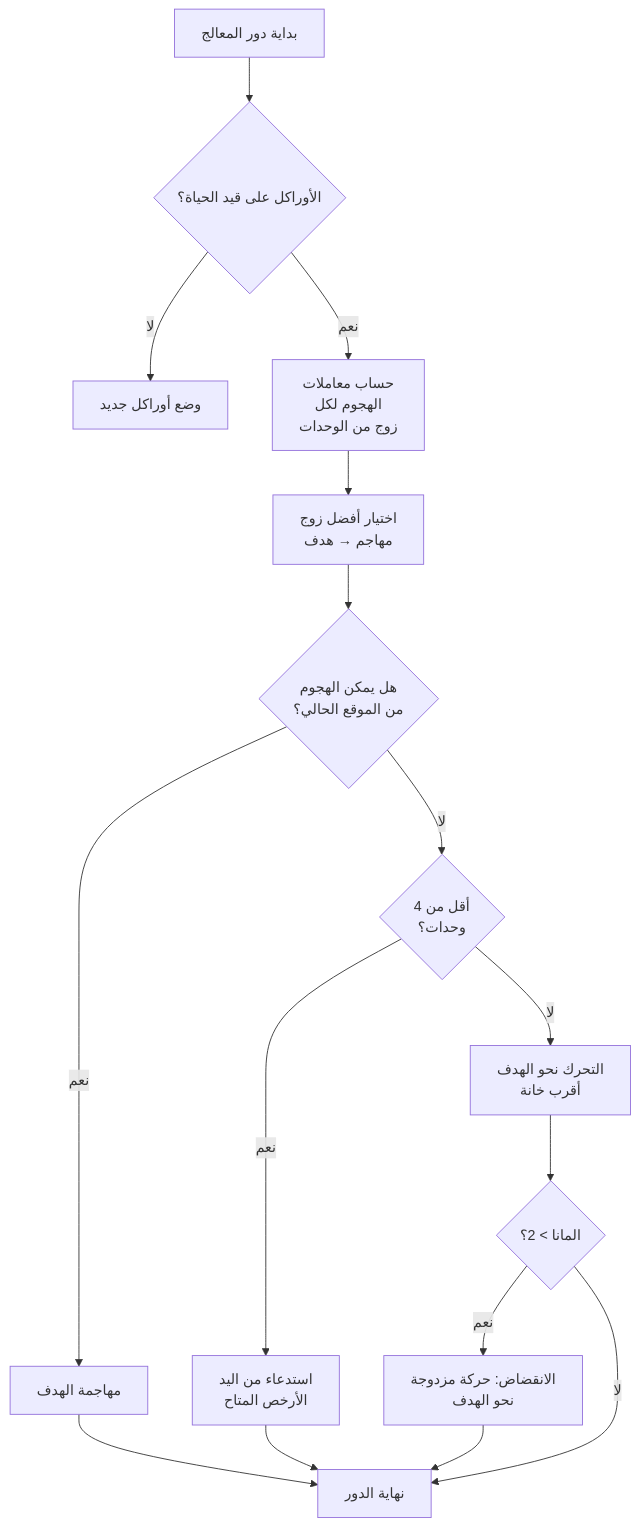
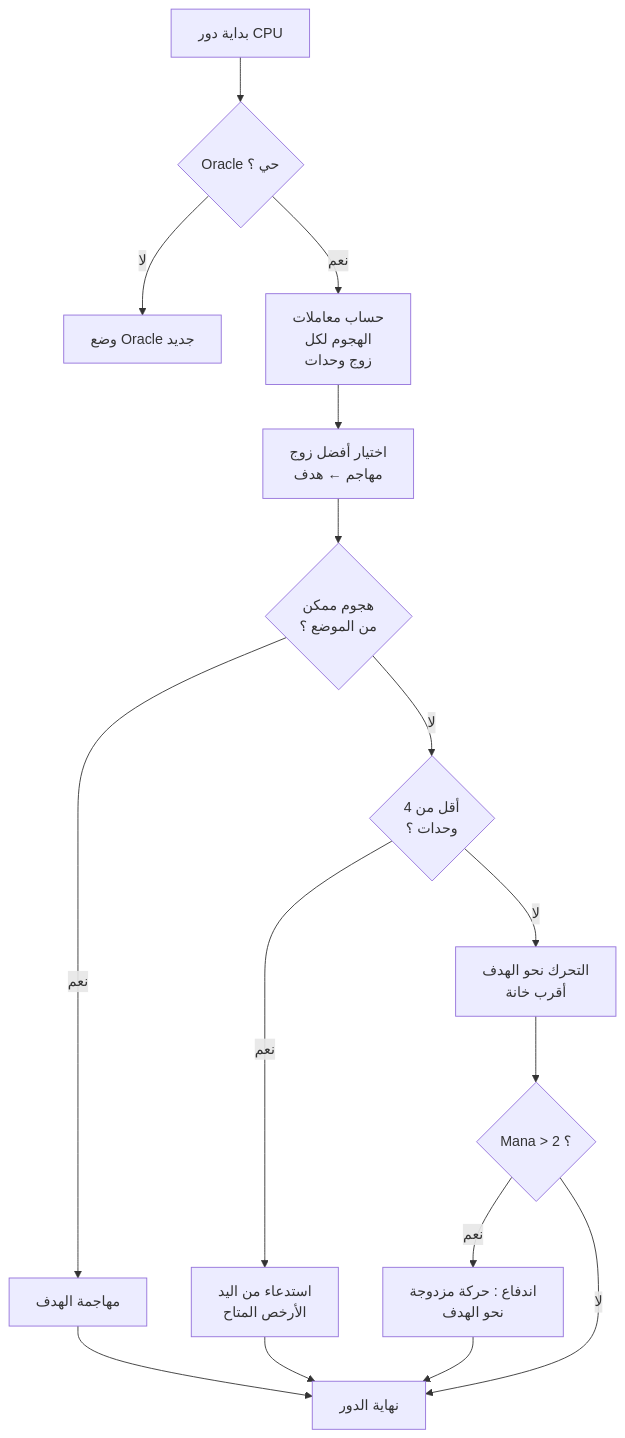
The diagram in public/articles/ar/nausicaa-ai.md (fox3000foxy/fox3000foxy.github.io), drawn with Mermaid before and after one commit. The commit also changed other lines of this file and 576 other files, not shown here.

````diff
--- a/public/articles/ar/nausicaa-ai.md
+++ b/public/articles/ar/nausicaa-ai.md
@@ -140,18 +140,18 @@
 ```mermaid
 flowchart TD
-    A[بداية دور المعالج] --> B{الأوراكل على قيد الحياة؟}
-    B -->|لا| C[وضع أوراكل جديد]
-    B -->|نعم| D[حساب معاملات\nالهجوم لكل\nزوج من الوحدات]
-    D --> E[اختيار أفضل زوج\nمهاجم → هدف]
-    E --> F{هل يمكن الهجوم\nمن الموقع الحالي؟}
+    A[بداية دور CPU] --> B{Oracle حي ؟}
+    B -->|لا| C[وضع Oracle جديد]
+    B -->|نعم| D[حساب معاملات\nالهجوم لكل\nزوج وحدات]
+    D --> E[اختيار أفضل زوج\nمهاجم ← هدف]
+    E --> F{هجوم ممكن\nمن الموضع ؟}
     F -->|نعم| G[مهاجمة الهدف]
-    F -->|لا| H{أقل من 4\nوحدات؟}
+    F -->|لا| H{أقل من 4\nوحدات ؟}
     H -->|نعم| I[استدعاء من اليد\nالأرخص المتاح]
     H -->|لا| J[التحرك نحو الهدف\nأقرب خانة]
-    J --> K{المانا > 2؟}
-    K -->|نعم| L[الانقضاض: حركة مزدوجة\nنحو الهدف]
+    J --> K{Mana > 2 ؟}
+    K -->|نعم| L[اندفاع : حركة مزدوجة\nنحو الهدف]
     K -->|لا| M[نهاية الدور]
     G --> M
     I --> M
     L --> M
 ```
````
